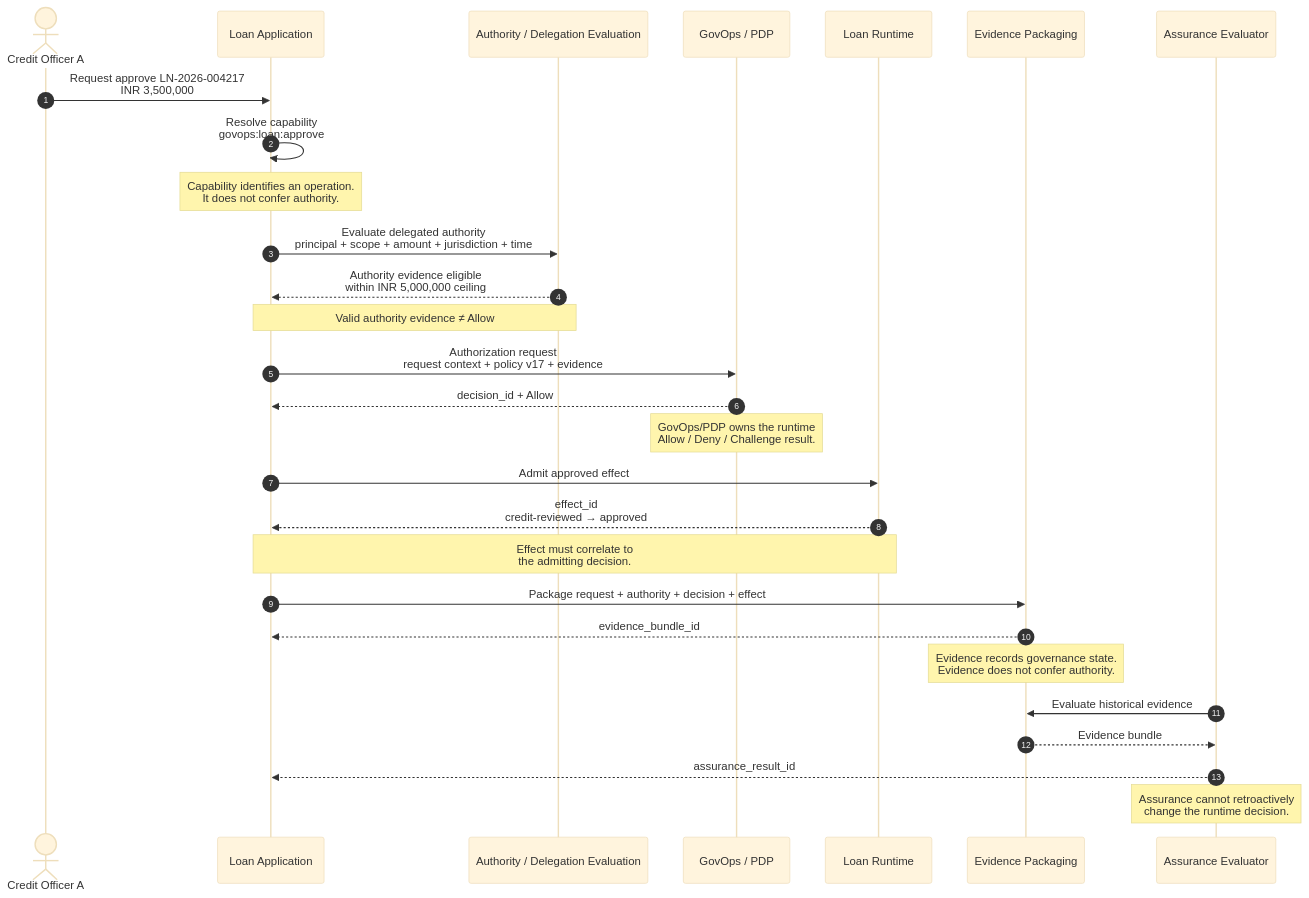
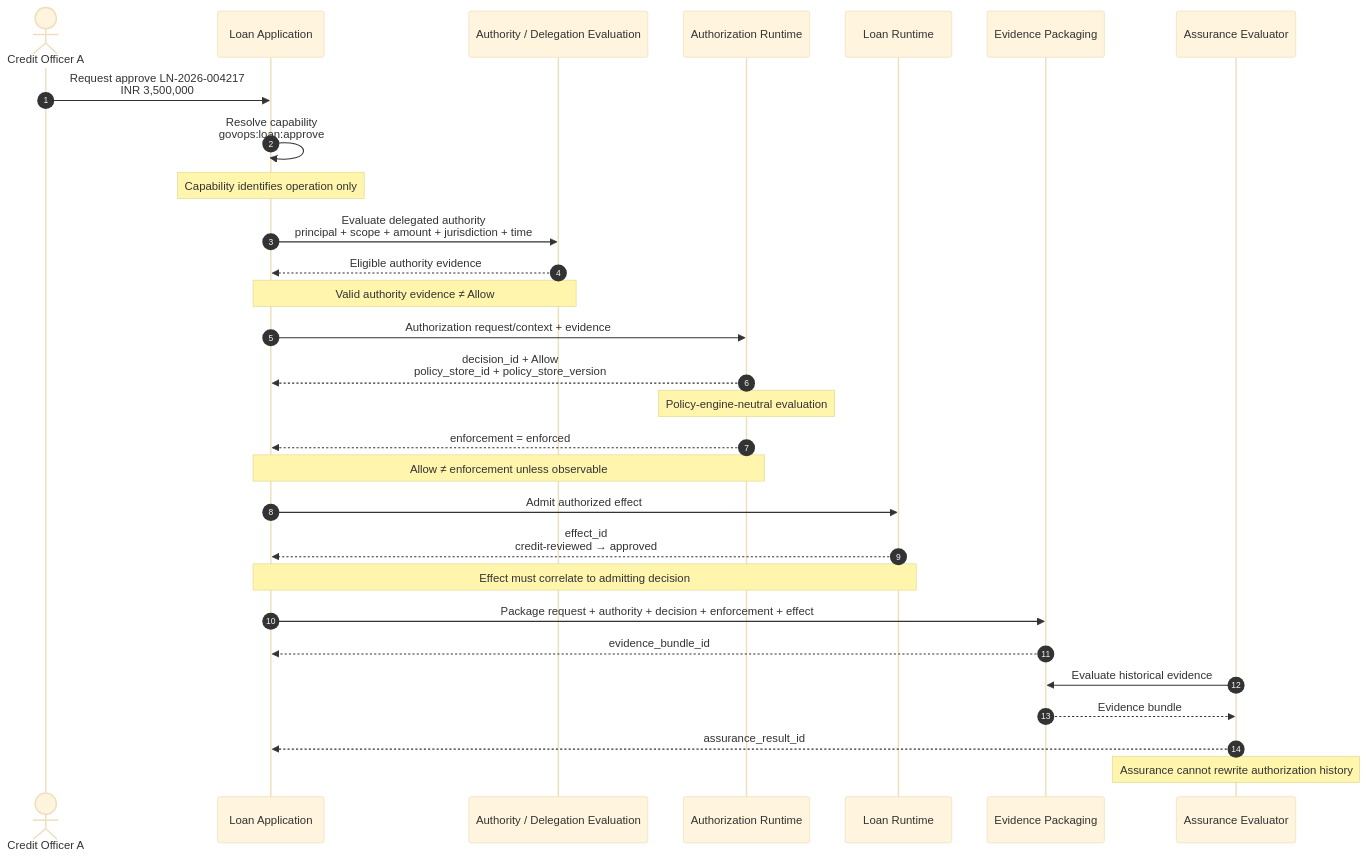
The first of 4 diagrams in cases/govops-executable-trust/README.md (sankarshanmukhopadhyay/trust-protocol-interop-lab), drawn with Mermaid (base theme) before and after one commit. The commit also changed other lines of this file and 7 other files, not shown here.

````diff
--- a/cases/govops-executable-trust/README.md
+++ b/cases/govops-executable-trust/README.md
@@ -86,36 +98,38 @@
 ```mermaid
 sequenceDiagram
     autonumber
     actor Officer as Credit Officer A
     participant App as Loan Application
-    participant GAAM as Authority / Delegation Evaluation
-    participant PDP as GovOps / PDP
+    participant Auth as Authority / Delegation Evaluation
+    participant AZ as Authorization Runtime
     participant Runtime as Loan Runtime
-    participant TIS as Evidence Packaging
+    participant Evidence as Evidence Packaging
     participant Assurance as Assurance Evaluator
 
     Officer->>App: Request approve LN-2026-004217<br/>INR 3,500,000
     App->>App: Resolve capability<br/>govops:loan:approve
-    Note over App: Capability identifies an operation.<br/>It does not confer authority.
+    Note over App: Capability identifies operation only
 
-    App->>GAAM: Evaluate delegated authority<br/>principal + scope + amount + jurisdiction + time
-    GAAM-->>App: Authority evidence eligible<br/>within INR 5,000,000 ceiling
-    Note over GAAM,App: Valid authority evidence ≠ Allow
+    App->>Auth: Evaluate delegated authority<br/>principal + scope + amount + jurisdiction + time
+    Auth-->>App: Eligible authority evidence
+    Note over Auth,App: Valid authority evidence ≠ Allow
 
-    App->>PDP: Authorization request<br/>request context + policy v17 + evidence
-    PDP-->>App: decision_id + Allow
-    Note over PDP: GovOps/PDP owns the runtime<br/>Allow / Deny / Challenge result.
+    App->>AZ: Authorization request/context + evidence
+    AZ-->>App: decision_id + Allow<br/>policy_store_id + policy_store_version
+    Note over AZ: Policy-engine-neutral evaluation
 
-    App->>Runtime: Admit approved effect
+    AZ-->>App: enforcement = enforced
+    Note over AZ,App: Allow ≠ enforcement unless observable
+
+    App->>Runtime: Admit authorized effect
     Runtime-->>App: effect_id<br/>credit-reviewed → approved
-    Note over App,Runtime: Effect must correlate to<br/>the admitting decision.
+    Note over App,Runtime: Effect must correlate to admitting decision
 
-    App->>TIS: Package request + authority + decision + effect
-    TIS-->>App: evidence_bundle_id
-    Note over TIS: Evidence records governance state.<br/>Evidence does not confer authority.
+    App->>Evidence: Package request + authority + decision + enforcement + effect
+    Evidence-->>App: evidence_bundle_id
 
-    Assurance->>TIS: Evaluate historical evidence
-    TIS-->>Assurance: Evidence bundle
+    Assurance->>Evidence: Evaluate historical evidence
+    Evidence-->>Assurance: Evidence bundle
     Assurance-->>App: assurance_result_id
-    Note over Assurance: Assurance cannot retroactively<br/>change the runtime decision.
+    Note over Assurance: Assurance cannot rewrite authorization history
 ```
````
